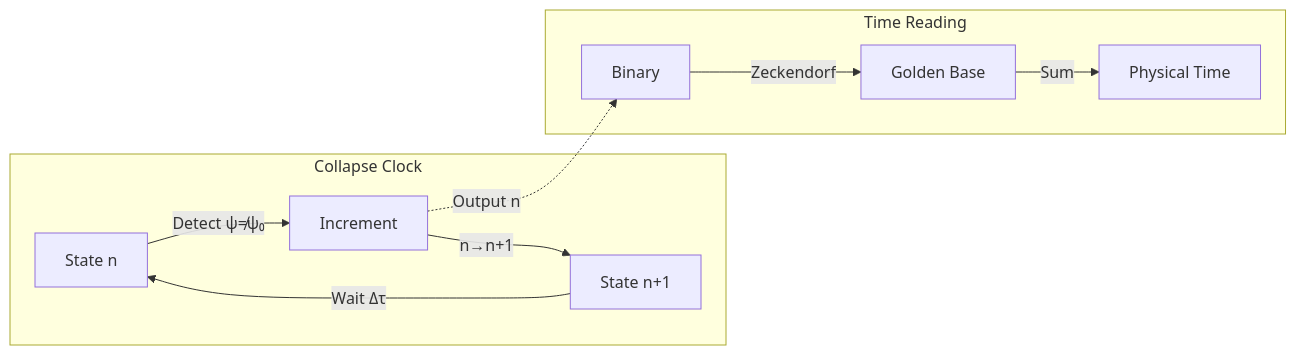
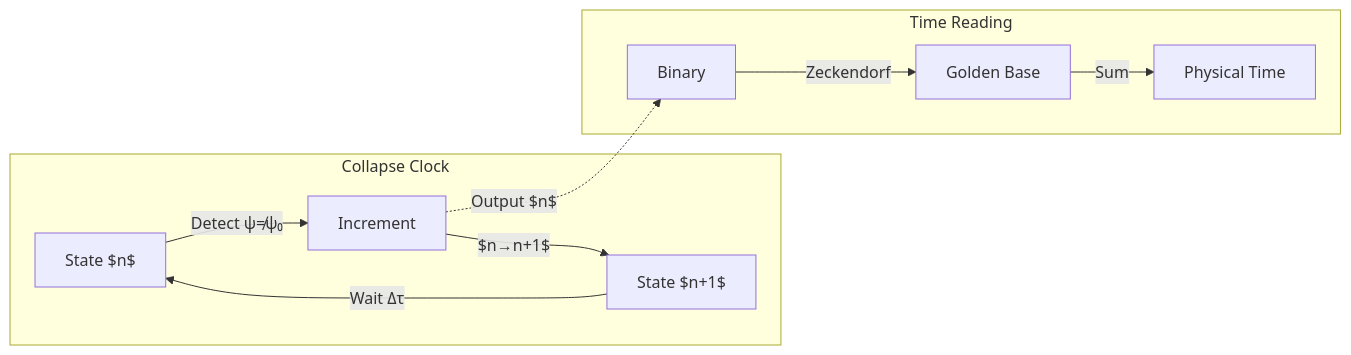
One commit to loning/the-phys changed the second of 3 diagrams in docs/psi-constants/part-01-structural-collapse-limits/chapter-007-collapse-time-scale-natural-tick.md. Above: the diagram before and after it, drawn with Mermaid. The commit also changed other lines of this file and 9 other files, not shown here.

````diff
--- a/docs/psi-constants/part-01-structural-collapse-limits/chapter-007-collapse-time-scale-natural-tick.md
+++ b/docs/psi-constants/part-01-structural-collapse-limits/chapter-007-collapse-time-scale-natural-tick.md
@@ -162,15 +180,15 @@
 ```mermaid
 graph LR
     subgraph "Collapse Clock"
-        C1[State n] -->|"Detect ψ≠ψ₀"| C2[Increment]
-        C2 -->|"n→n+1"| C3[State n+1]
+        C1[State $n$] -->|"Detect ψ≠ψ₀"| C2[Increment]
+        C2 -->|"$n→n+1$"| C3[State $n+1$]
         C3 -->|"Wait Δτ"| C1
     end
     
     subgraph "Time Reading"
         R1[Binary] -->|"Zeckendorf"| R2[Golden Base]
         R2 -->|"Sum"| R3[Physical Time]
     end
     
-    C2 -.->|"Output n"| R1
+    C2 -.->|"Output $n$"| R1
 ```
````
